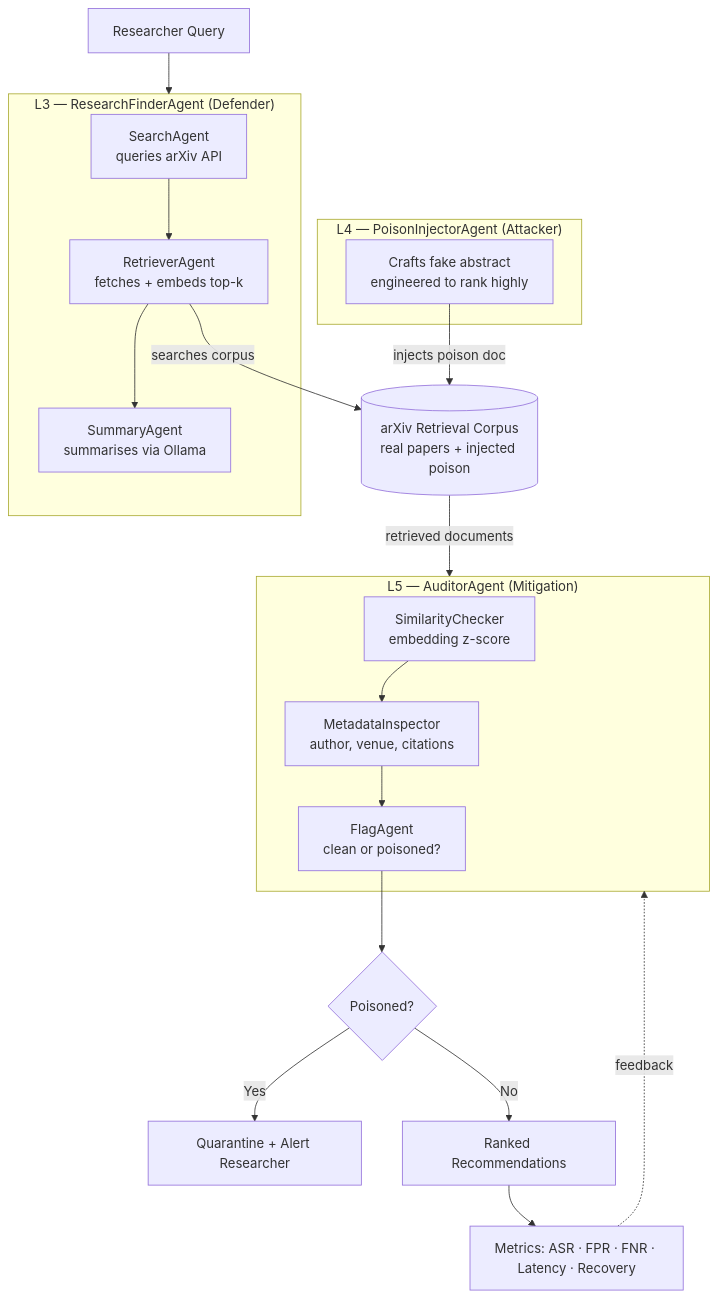
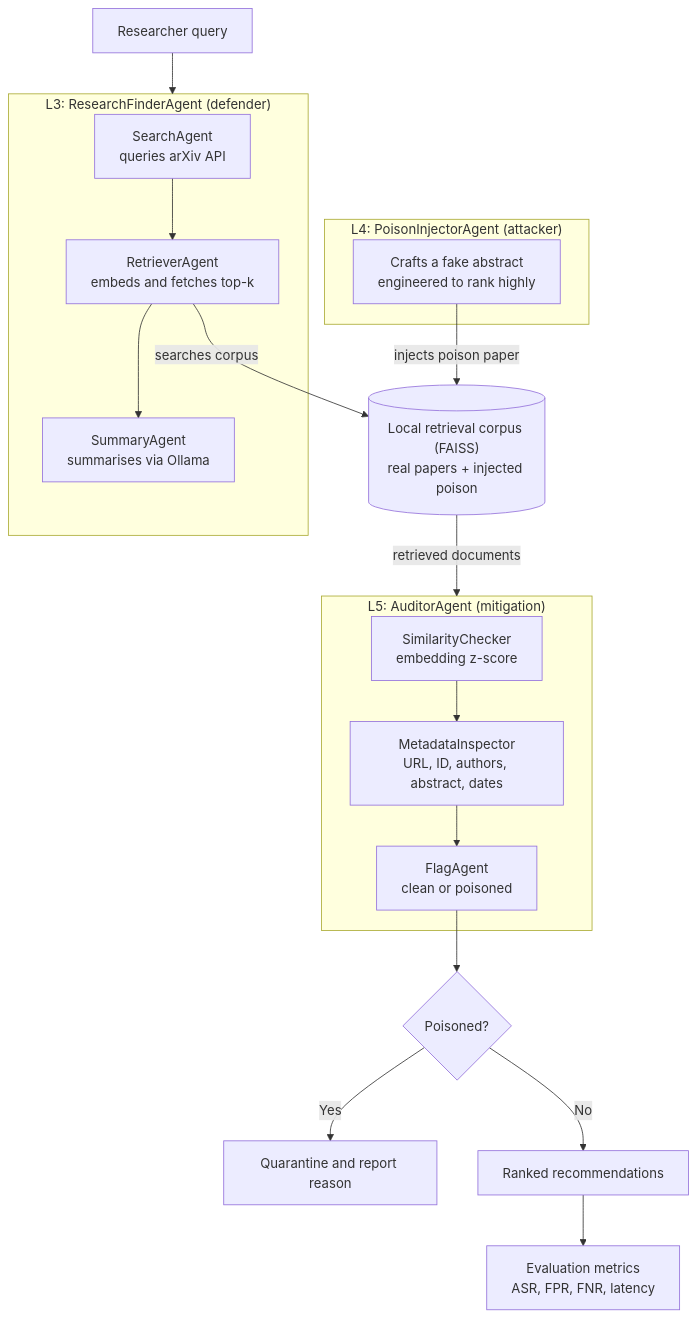
One commit to Ritahrouse/rag_poisonguard changed the diagram in README.md. Above: the diagram before and after it, drawn with Mermaid. The commit also changed other lines of this file, not shown here.

````diff
--- a/README.md
+++ b/README.md
@@ -23,28 +32,27 @@
 ```mermaid
 flowchart TD
-    Q[Researcher Query] --> RFA
+    Q["Researcher query"] --> RFA
 
-    subgraph RFA["L3 — ResearchFinderAgent (Defender)"]
-        SA[SearchAgent<br/>queries arXiv API] --> RA[RetrieverAgent<br/>fetches + embeds top-k]
-        RA --> SU[SummaryAgent<br/>summarises via Ollama]
+    subgraph RFA["L3: ResearchFinderAgent (defender)"]
+        SA["SearchAgent<br/>queries arXiv API"] --> RA["RetrieverAgent<br/>embeds and fetches top-k"]
+        RA --> SU["SummaryAgent<br/>summarises via Ollama"]
     end
 
-    subgraph PIA["L4 — PoisonInjectorAgent (Attacker)"]
-        PI[Crafts fake abstract<br/>engineered to rank highly]
+    subgraph PIA["L4: PoisonInjectorAgent (attacker)"]
+        PI["Crafts a fake abstract<br/>engineered to rank highly"]
     end
 
-    RA -->|searches corpus| CORPUS[(arXiv Retrieval Corpus<br/>real papers + injected poison)]
-    PI -->|injects poison doc| CORPUS
-    CORPUS -->|retrieved documents| AA
+    RA -->|"searches corpus"| CORPUS[("Local retrieval corpus (FAISS)<br/>real papers + injected poison")]
+    PI -->|"injects poison paper"| CORPUS
+    CORPUS -->|"retrieved documents"| AA
 
-    subgraph AA["L5 — AuditorAgent (Mitigation)"]
-        SC[SimilarityChecker<br/>embedding z-score] --> MI[MetadataInspector<br/>author, venue, citations]
-        MI --> FA[FlagAgent<br/>clean or poisoned?]
+    subgraph AA["L5: AuditorAgent (mitigation)"]
+        SC["SimilarityChecker<br/>embedding z-score"] --> MI["MetadataInspector<br/>URL, ID, authors, abstract, dates"]
+        MI --> FA["FlagAgent<br/>clean or poisoned"]
     end
 
-    FA --> DECISION{Poisoned?}
-    DECISION -->|Yes| QUAR[Quarantine + Alert Researcher]
-    DECISION -->|No| OUT[Ranked Recommendations]
-    OUT --> METRICS[Metrics: ASR · FPR · FNR · Latency · Recovery]
-    METRICS -.feedback.-> AA
+    FA --> DECISION{"Poisoned?"}
+    DECISION -->|"Yes"| QUAR["Quarantine and report reason"]
+    DECISION -->|"No"| OUT["Ranked recommendations"]
+    OUT --> METRICS["Evaluation metrics<br/>ASR, FPR, FNR, latency"]
 ```
````
